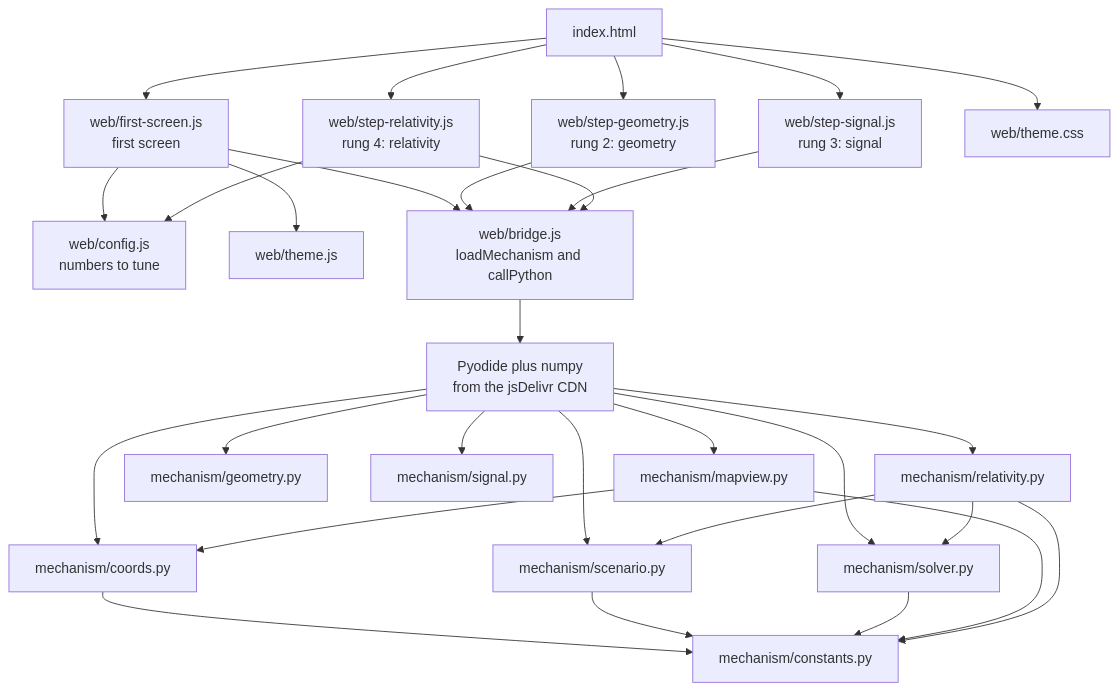
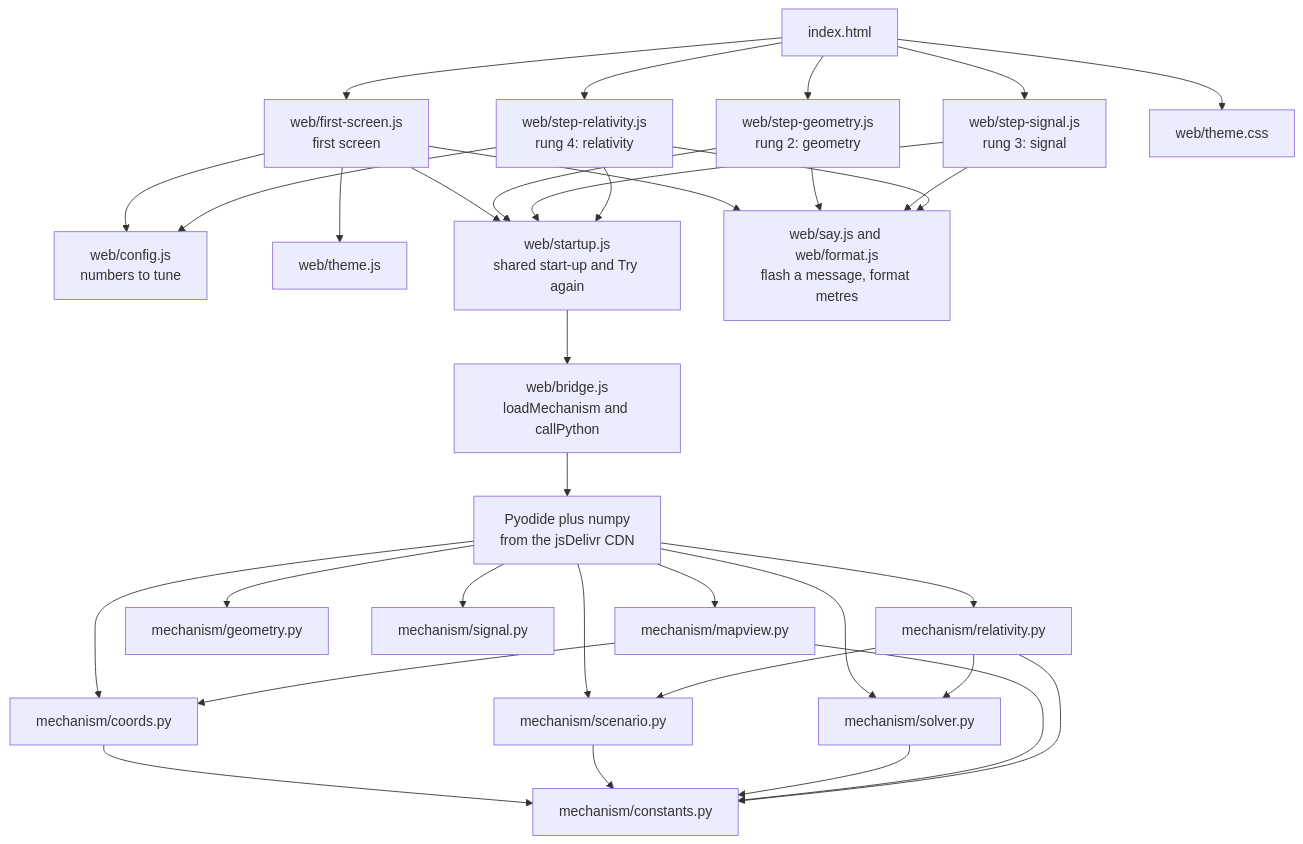
One commit to Aliyymakes/how-gps-works changed the diagram in docs/onboarding/architecture.md. Above: the diagram before and after it, drawn with Mermaid. The commit also changed other lines of this file and 11 other files, not shown here.

````diff
--- a/docs/onboarding/architecture.md
+++ b/docs/onboarding/architecture.md
@@ -11,50 +11,57 @@
 ```mermaid
 flowchart TD
   index["index.html"]
   first["web/first-screen.js<br/>first screen"]
   geo["web/step-geometry.js<br/>rung 2: geometry"]
   sig["web/step-signal.js<br/>rung 3: signal"]
   rel["web/step-relativity.js<br/>rung 4: relativity"]
   cfg["web/config.js<br/>numbers to tune"]
   theme["web/theme.js"]
   css["web/theme.css"]
+  startup["web/startup.js<br/>shared start-up and Try again"]
   bridge["web/bridge.js<br/>loadMechanism and callPython"]
+  small["web/say.js and web/format.js<br/>flash a message, format metres"]
   pyo["Pyodide plus numpy<br/>from the jsDelivr CDN"]
   coords["mechanism/coords.py"]
   scen["mechanism/scenario.py"]
   solver["mechanism/solver.py"]
   mapv["mechanism/mapview.py"]
   geom["mechanism/geometry.py"]
   signal["mechanism/signal.py"]
   relm["mechanism/relativity.py"]
   const["mechanism/constants.py"]
 
   index --> first
   index --> geo
   index --> sig
   index --> rel
   first --> cfg
   rel --> cfg
   index --> css
   first --> theme
-  first --> bridge
-  geo --> bridge
-  sig --> bridge
-  rel --> bridge
+  first --> startup
+  geo --> startup
+  sig --> startup
+  rel --> startup
+  startup --> bridge
+  first --> small
+  geo --> small
+  sig --> small
+  rel --> small
   bridge --> pyo
   pyo --> coords
   pyo --> scen
   pyo --> solver
   pyo --> mapv
   pyo --> geom
   pyo --> signal
   pyo --> relm
   coords --> const
   scen --> const
   solver --> const
   mapv --> coords
   mapv --> const
   relm --> scen
   relm --> solver
   relm --> const
 ```
````
